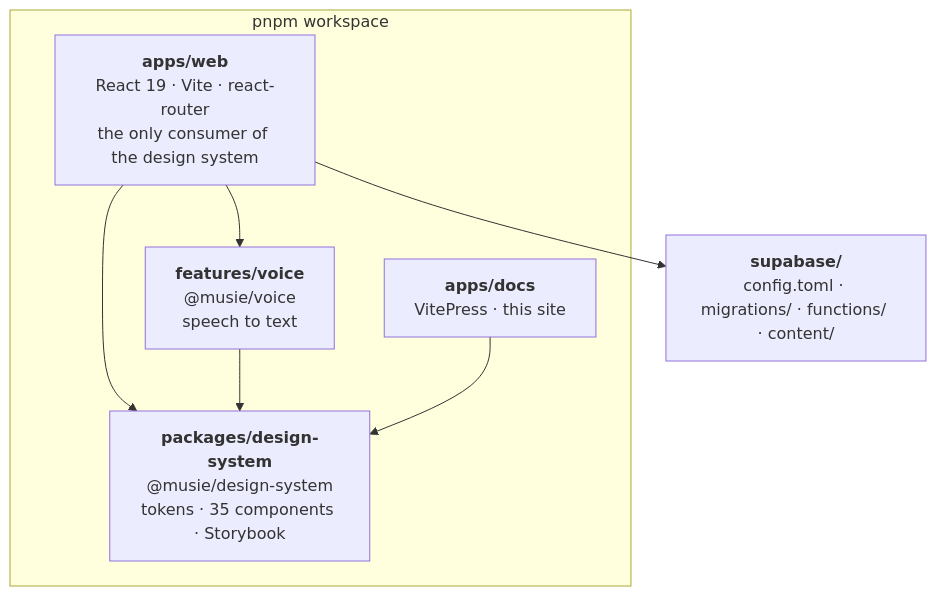
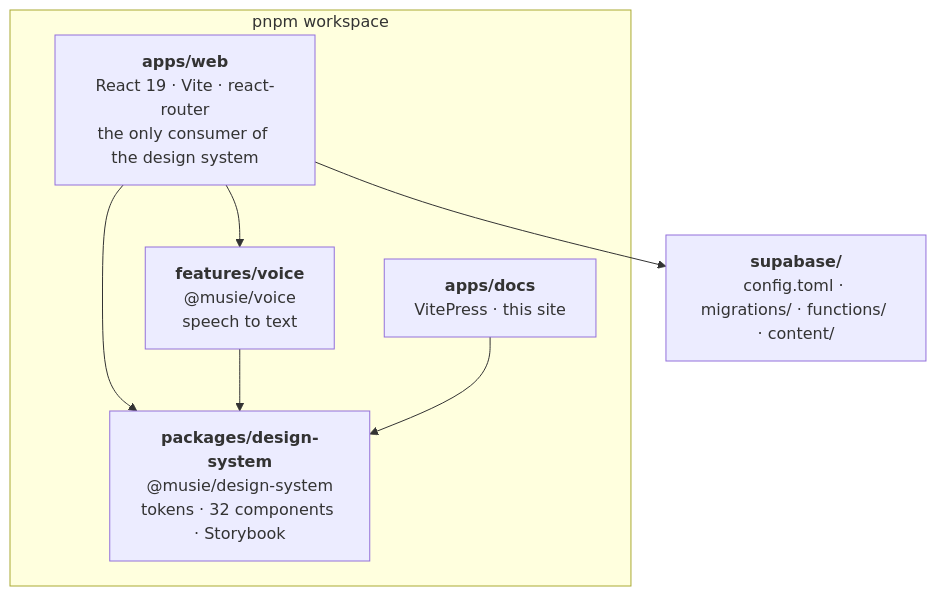
The diagram in apps/docs/start/repo-map.md (product-ben/musie), drawn with Mermaid before and after one commit. The commit also changed other lines of this file and 7 other files, not shown here.

````diff
--- a/apps/docs/start/repo-map.md
+++ b/apps/docs/start/repo-map.md
@@ -6,15 +6,15 @@
 ```mermaid
 flowchart TB
   subgraph ws["pnpm workspace"]
     W["<b>apps/web</b><br/>React 19 · Vite · react-router<br/>the only consumer of the design system"]
     DO["<b>apps/docs</b><br/>VitePress · this site"]
-    DS["<b>packages/design-system</b><br/>@musie/design-system<br/>tokens · 35 components · Storybook"]
+    DS["<b>packages/design-system</b><br/>@musie/design-system<br/>tokens · 32 components · Storybook"]
     VO["<b>features/voice</b><br/>@musie/voice<br/>speech to text"]
   end
   SB["<b>supabase/</b><br/>config.toml · migrations/ · functions/ · content/"]
   W --> DS
   W --> VO
   VO --> DS
   DO --> DS
   W --> SB
 ```
````
